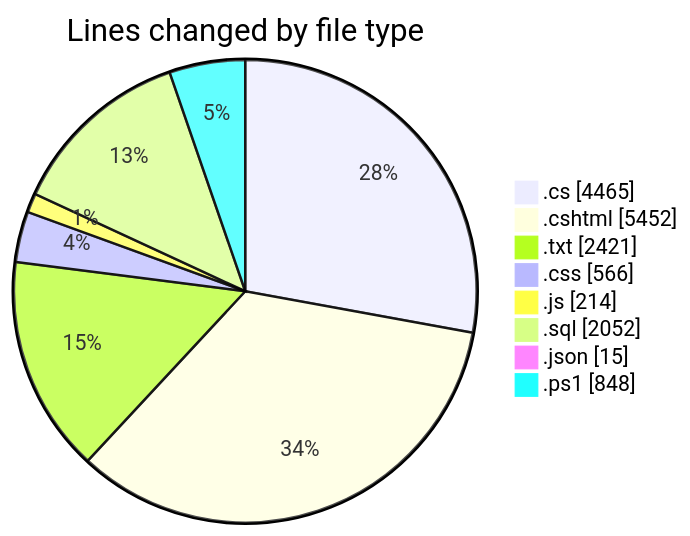
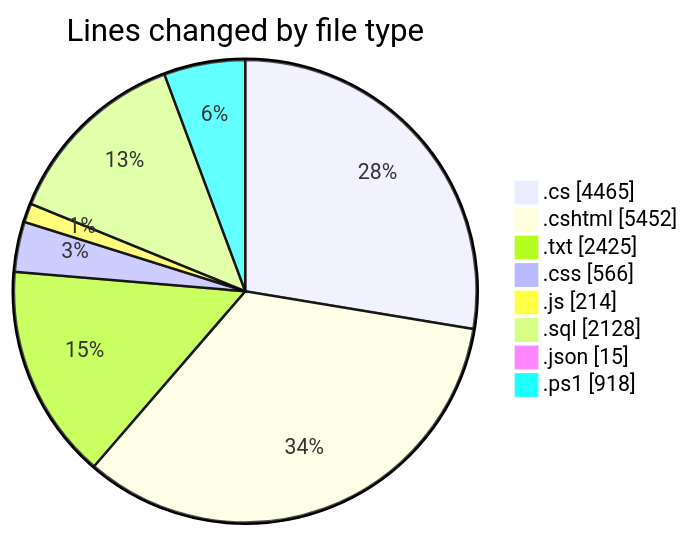
Before and after one commit to lephambinh05/code-tracking: the first of 2 diagrams in 2025-07-28/quanlyrapchieuphim-1/README.md, drawn with Mermaid. The commit also changed other lines of this file and 1 other file, not shown here.

````diff
--- a/2025-07-28/quanlyrapchieuphim-1/README.md
+++ b/2025-07-28/quanlyrapchieuphim-1/README.md
@@ -69,12 +71,12 @@
 ```mermaid
 pie showData
 title Lines changed by file type
 ".cs" : 4465
 ".cshtml" : 5452
-".txt" : 2421
+".txt" : 2425
 ".css" : 566
 ".js" : 214
-".sql" : 2052
+".sql" : 2128
 ".json" : 15
-".ps1" : 848
+".ps1" : 918
 ```
````
